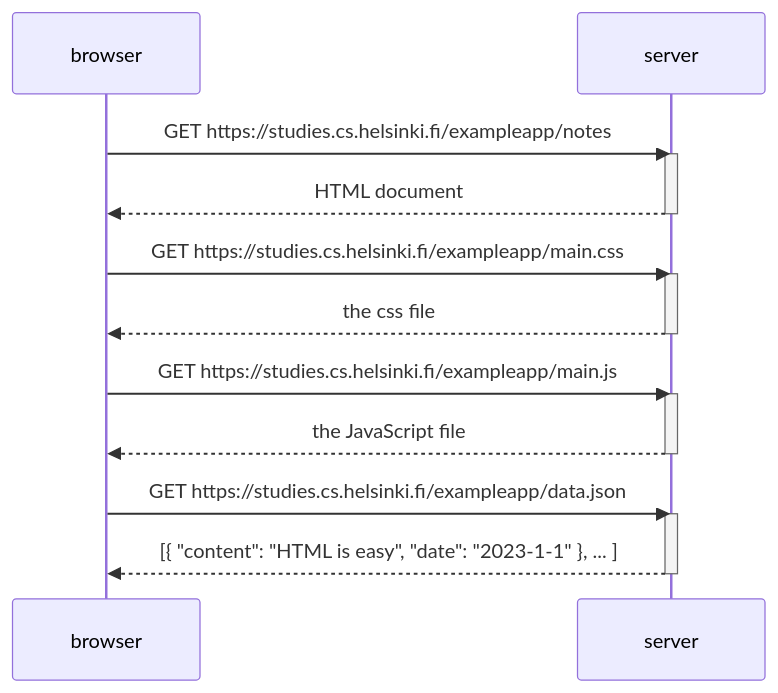
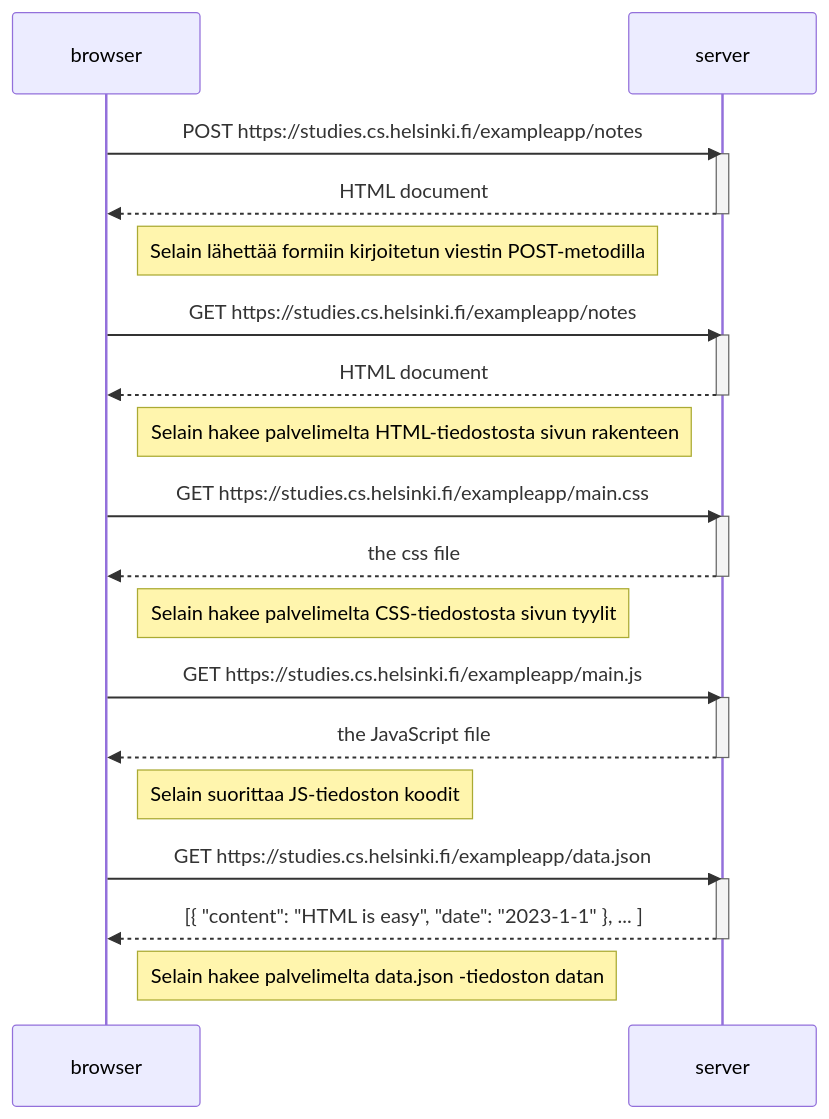
The diagram in osa0/teht4.md (AnttiR-hub/fsOpenPalautukset), drawn with Mermaid before and after one commit.

Commit message:
sekvenssikaavio 1

````diff
--- a/osa0/teht4.md
+++ b/osa0/teht4.md
@@ -1,25 +1,40 @@
 ```mermaid
 sequenceDiagram
     participant browser
     participant server
+
+    browser->>server: POST https://studies.cs.helsinki.fi/exampleapp/notes
+    activate server
+    server-->>browser: HTML document
+    deactivate server
+
+    Note right of browser: Selain lähettää formiin kirjoitetun viestin POST-metodilla
 
     browser->>server: GET https://studies.cs.helsinki.fi/exampleapp/notes
     activate server
     server-->>browser: HTML document
     deactivate server
 
+    Note right of browser: Selain hakee palvelimelta HTML-tiedostosta sivun rakenteen
+
     browser->>server: GET https://studies.cs.helsinki.fi/exampleapp/main.css
     activate server
     server-->>browser: the css file
     deactivate server
+
+    Note right of browser: Selain hakee palvelimelta CSS-tiedostosta sivun tyylit
 
     browser->>server: GET https://studies.cs.helsinki.fi/exampleapp/main.js
     activate server
     server-->>browser: the JavaScript file
     deactivate server
 
+    Note right of browser: Selain suorittaa JS-tiedoston koodit
+
     browser->>server: GET https://studies.cs.helsinki.fi/exampleapp/data.json
     activate server
     server-->>browser: [{ "content": "HTML is easy", "date": "2023-1-1" }, ... ]
     deactivate server
+
+    Note right of browser: Selain hakee palvelimelta data.json -tiedoston datan
 ```
````
